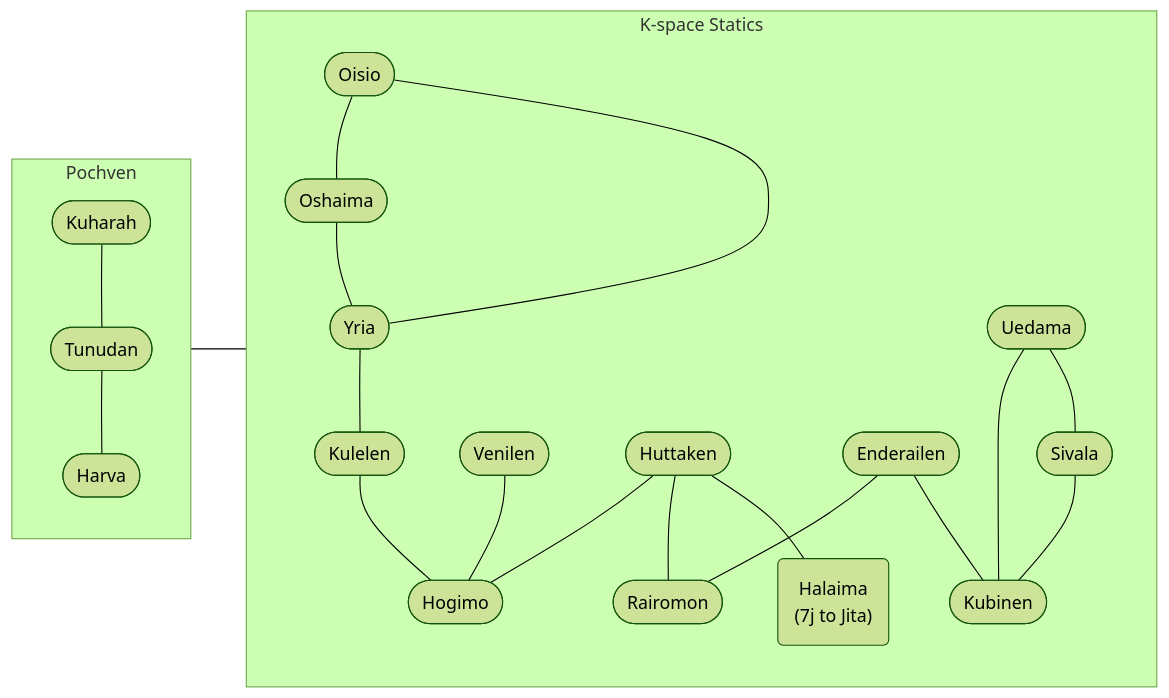
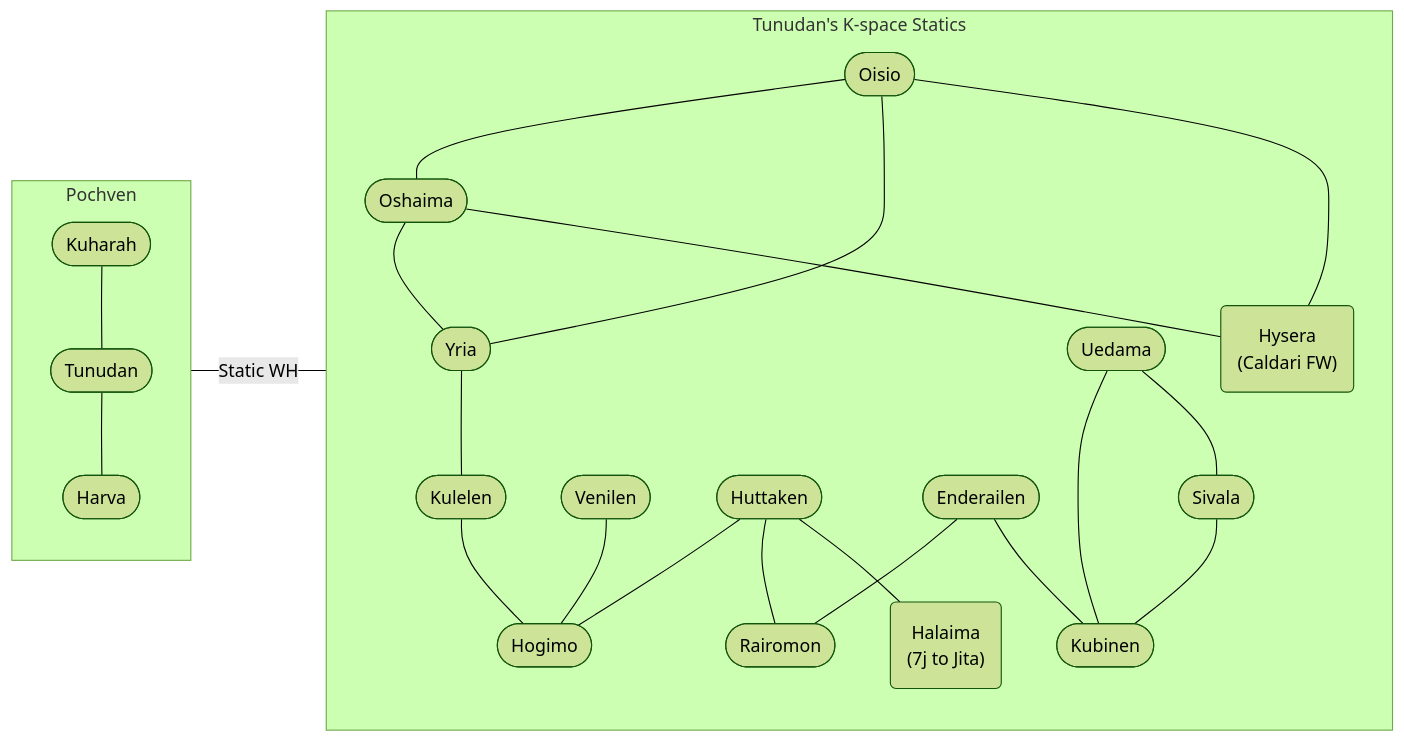
The diagram in eve/pochven/pochven.md (JessieArr/DancersGame), drawn with Mermaid (forest theme) before and after one commit. The commit also changed 2 other files, not shown here.

Commit message:
Adjusting graph somewhat.

````diff
--- a/eve/pochven/pochven.md
+++ b/eve/pochven/pochven.md
@@ -21,32 +21,35 @@
 ```mermaid
 flowchart LR
     subgraph pochven [Pochven]
         Tunudan([Tunudan]) --- Harva([Harva])
         Kuharah([Kuharah]) --- Tunudan
     end
-    subgraph statics [K-space Statics]
+    subgraph statics [Tunudan's K-space Statics]
         Oisio([Oisio])
         Oshaima([Oshaima])
         Yria([Yria])
         Kulelen([Kulelen])
         Venilen([Venilen])
         Hogimo([Hogimo])
         Huttaken([Huttaken])
         Rairomon([Rairomon])
         Enderailen([Enderailen])
         Kubinen([Kubinen])
         Uedama([Uedama])
         Sivala([Sivala])
         Halaima("Halaima
         (7j to Jita)")
+        Hysera("Hysera
+        (Caldari FW)")
         Oisio --- Oshaima
         Oisio & Oshaima --- Yria
         Yria --- Kulelen
         Kulelen & Venilen & Huttaken --- Hogimo
         Huttaken & Enderailen --- Rairomon
         Uedama & Sivala & Enderailen --- Kubinen
         Uedama --- Sivala
         Huttaken --- Halaima
+        Oisio & Oshaima --- Hysera
     end
-    pochven --- statics
+    pochven ---|Static WH| statics
 ```
````
